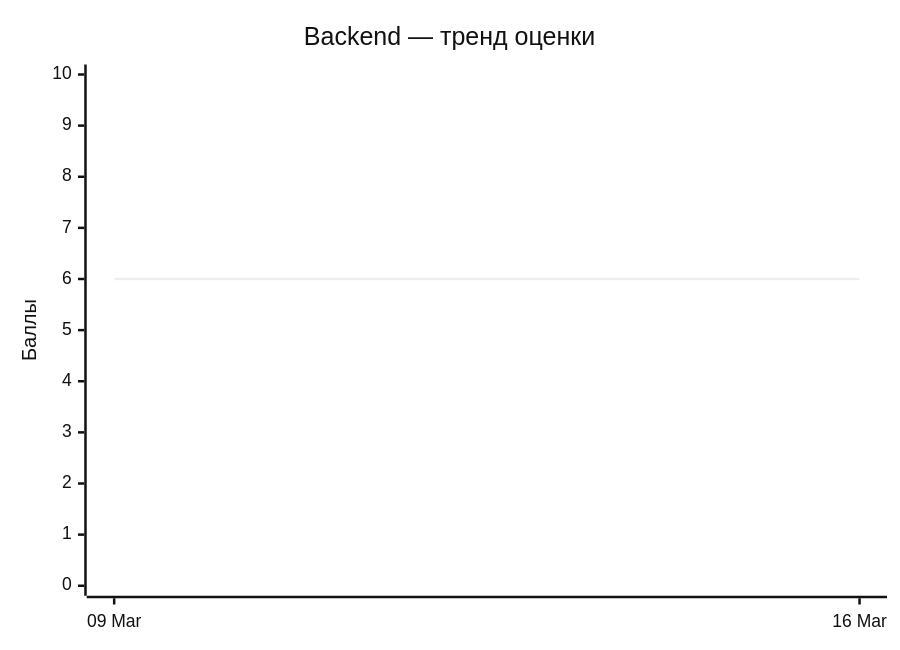
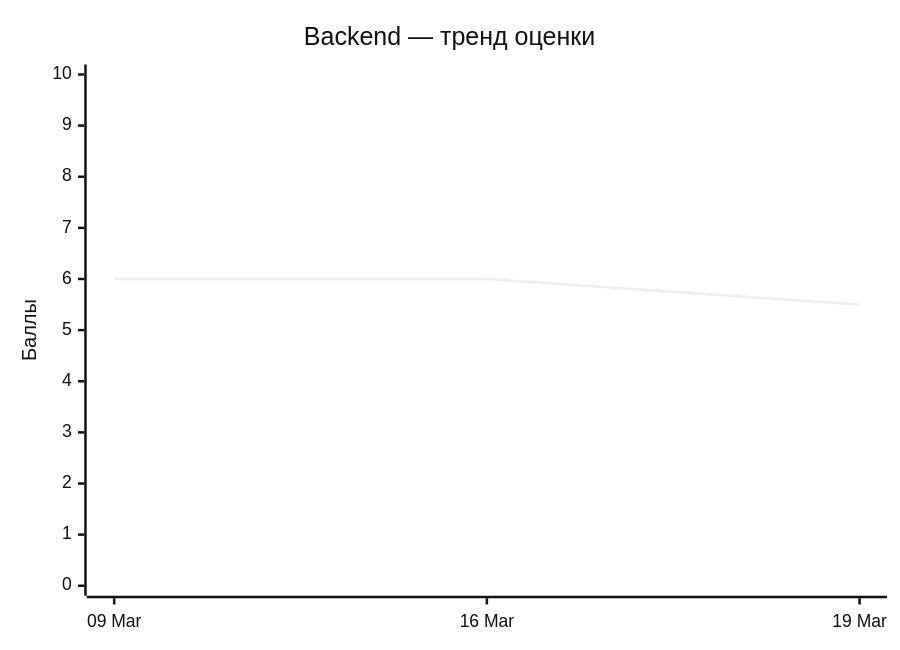
Before and after one commit to ngKittyDebug/RS-Tandem-ngKittyDebug: the third of 4 diagrams in CodeQualityStatus/status.md, drawn with Mermaid (neutral theme). The commit also changed other lines of this file and 2 other files, not shown here.

````diff
--- a/CodeQualityStatus/status.md
+++ b/CodeQualityStatus/status.md
@@ -121,7 +130,7 @@
 ```mermaid
 xychart-beta
     title "Backend — тренд оценки"
-    x-axis ["09 Mar", "16 Mar"]
+    x-axis ["09 Mar", "16 Mar", "19 Mar"]
     y-axis "Баллы" 0 --> 10
-    line [6.0, 6.0]
+    line [6.0, 6.0, 5.5]
 ```
````
